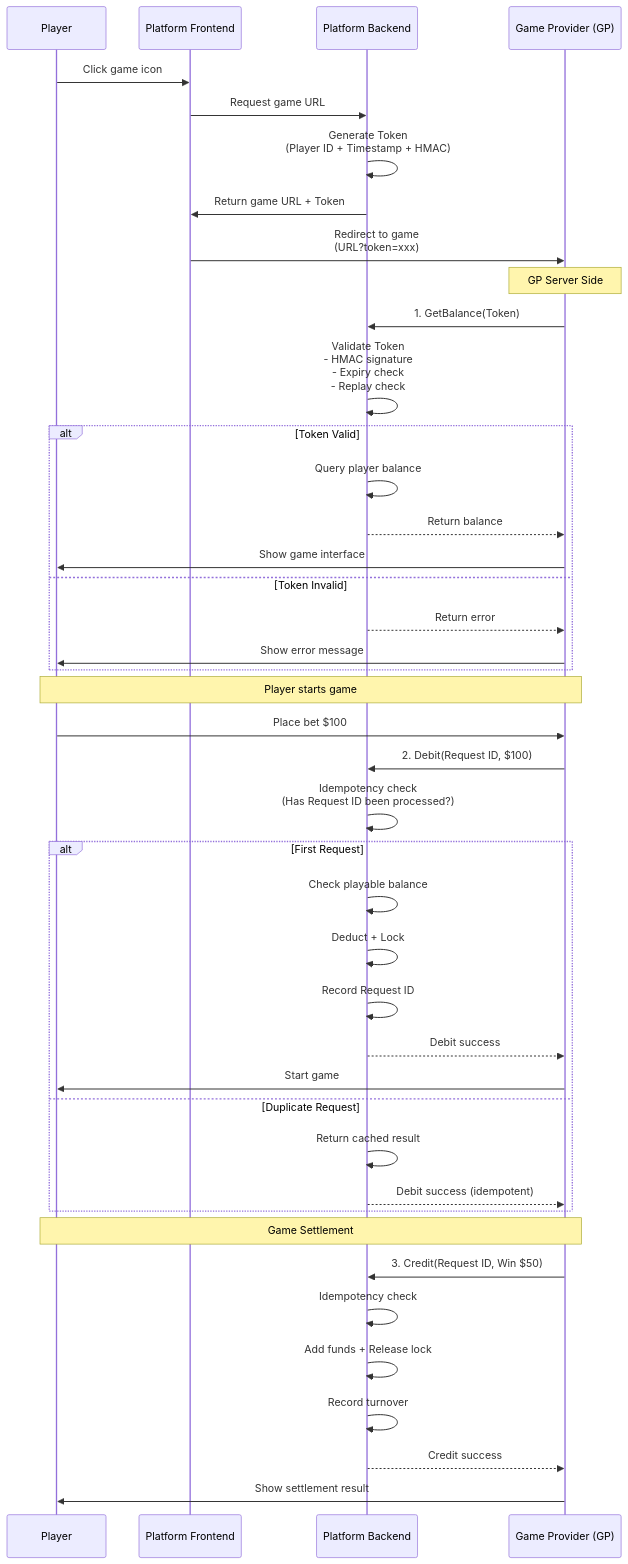
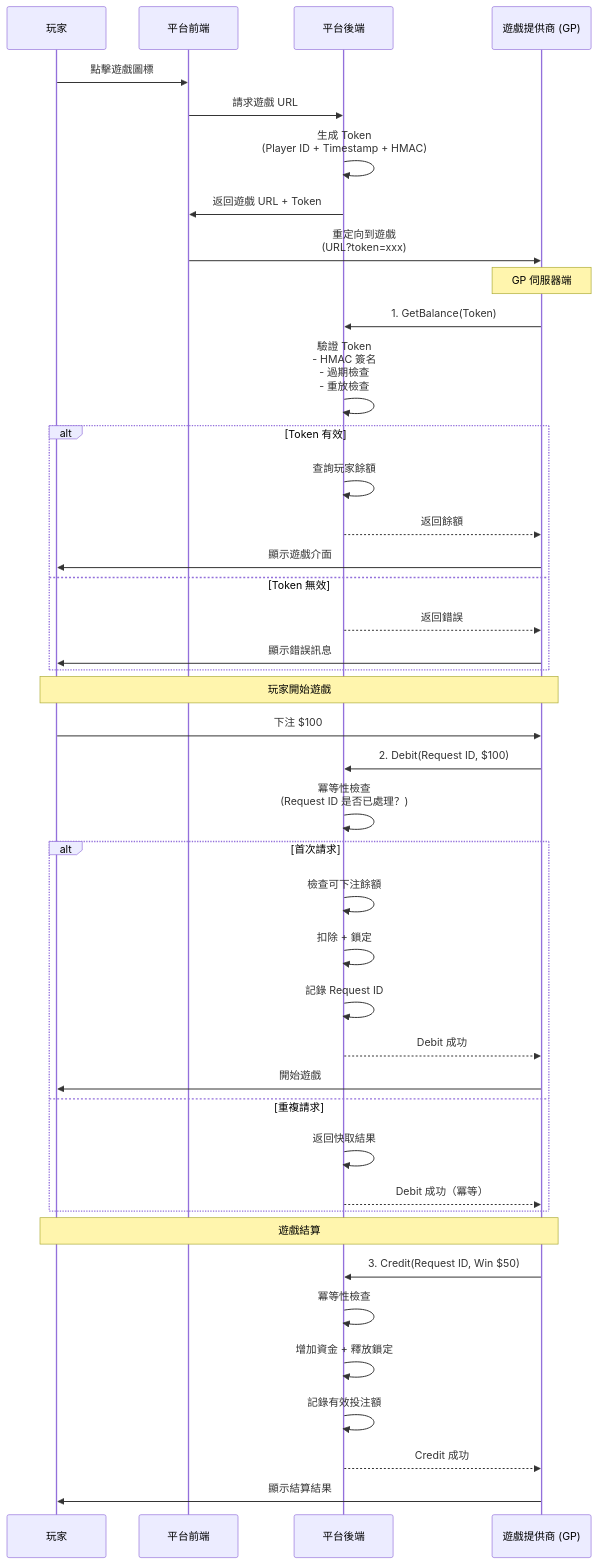
Before and after one commit to ron03wlb/smart-admin: the first of 3 diagrams in docs/iGaming/architecture/00_Overview/Business_Logic_Flows.md, drawn with Mermaid. The commit also changed other lines of this file, not shown here.

````diff
--- a/docs/iGaming/architecture/00_Overview/Business_Logic_Flows.md
+++ b/docs/iGaming/architecture/00_Overview/Business_Logic_Flows.md
@@ -70,56 +70,56 @@
 ```mermaid
 sequenceDiagram
-    participant P as Player
-    participant F as Platform Frontend
-    participant B as Platform Backend
-    participant G as Game Provider (GP)
+    participant P as 玩家
+    participant F as 平台前端
+    participant B as 平台後端
+    participant G as 遊戲提供商 (GP)
 
-    P->>F: Click game icon
-    F->>B: Request game URL
+    P->>F: 點擊遊戲圖標
+    F->>B: 請求遊戲 URL
 
-    B->>B: Generate Token<br/>(Player ID + Timestamp + HMAC)
-    B->>F: Return game URL + Token
+    B->>B: 生成 Token<br/>(Player ID + Timestamp + HMAC)
+    B->>F: 返回遊戲 URL + Token
 
-    F->>G: Redirect to game<br/>(URL?token=xxx)
+    F->>G: 重定向到遊戲<br/>(URL?token=xxx)
 
-    Note over G: GP Server Side
+    Note over G: GP 伺服器端
     G->>B: 1. GetBalance(Token)
-    B->>B: Validate Token<br/>- HMAC signature<br/>- Expiry check<br/>- Replay check
+    B->>B: 驗證 Token<br/>- HMAC 簽名<br/>- 過期檢查<br/>- 重放檢查
 
-    alt Token Valid
-        B->>B: Query player balance
-        B-->>G: Return balance
-        G->>P: Show game interface
-    else Token Invalid
-        B-->>G: Return error
-        G->>P: Show error message
+    alt Token 有效
+        B->>B: 查詢玩家餘額
+        B-->>G: 返回餘額
+        G->>P: 顯示遊戲介面
+    else Token 無效
+        B-->>G: 返回錯誤
+        G->>P: 顯示錯誤訊息
     end
 
-    Note over P,G: Player starts game
+    Note over P,G: 玩家開始遊戲
 
-    P->>G: Place bet $100
+    P->>G: 下注 $100
     G->>B: 2. Debit(Request ID, $100)
 
-    B->>B: Idempotency check<br/>(Has Request ID been processed?)
+    B->>B: 冪等性檢查<br/>(Request ID 是否已處理？)
 
-    alt First Request
-        B->>B: Check playable balance
-        B->>B: Deduct + Lock
-        B->>B: Record Request ID
-        B-->>G: Debit success
-        G->>P: Start game
-    else Duplicate Request
-        B->>B: Return cached result
-        B-->>G: Debit success (idempotent)
+    alt 首次請求
+        B->>B: 檢查可下注餘額
+        B->>B: 扣除 + 鎖定
+        B->>B: 記錄 Request ID
+        B-->>G: Debit 成功
+        G->>P: 開始遊戲
+    else 重複請求
+        B->>B: 返回快取結果
+        B-->>G: Debit 成功（冪等）
     end
 
-    Note over P,G: Game Settlement
+    Note over P,G: 遊戲結算
 
     G->>B: 3. Credit(Request ID, Win $50)
-    B->>B: Idempotency check
-    B->>B: Add funds + Release lock
-    B->>B: Record turnover
-    B-->>G: Credit success
+    B->>B: 冪等性檢查
+    B->>B: 增加資金 + 釋放鎖定
+    B->>B: 記錄有效投注額
+    B-->>G: Credit 成功
 
-    G->>P: Show settlement result
+    G->>P: 顯示結算結果
 ```
````
